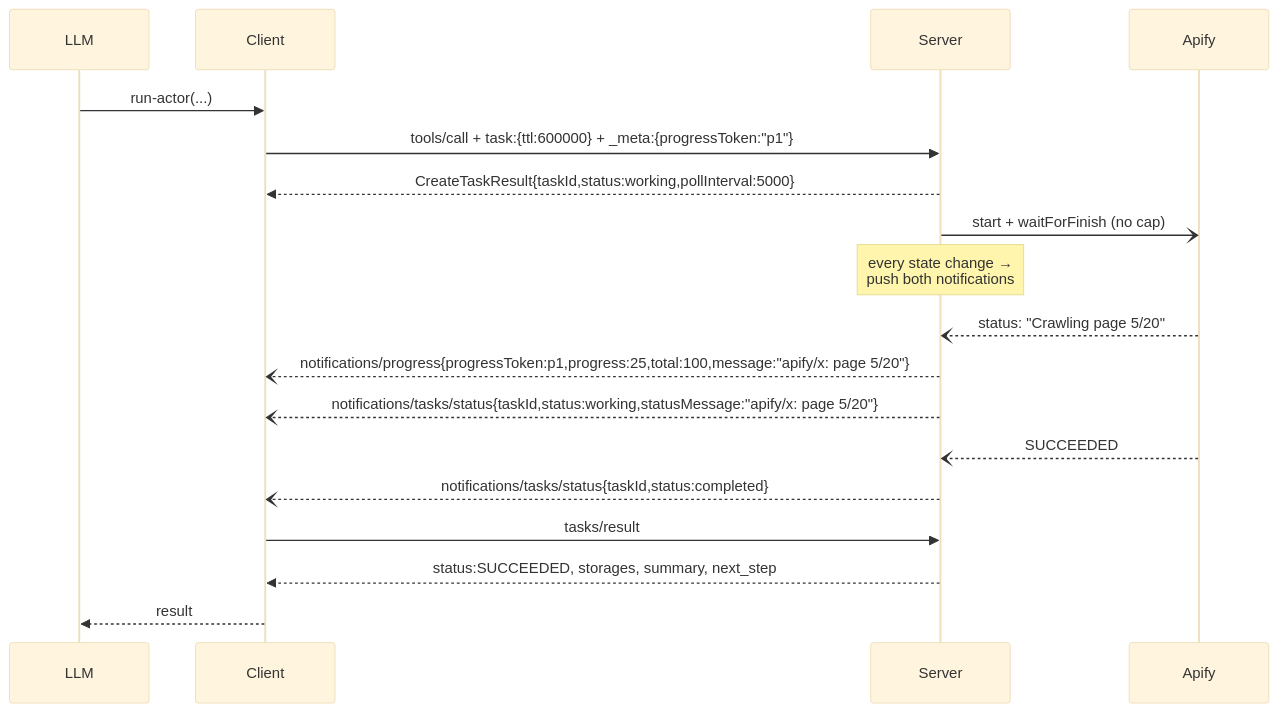
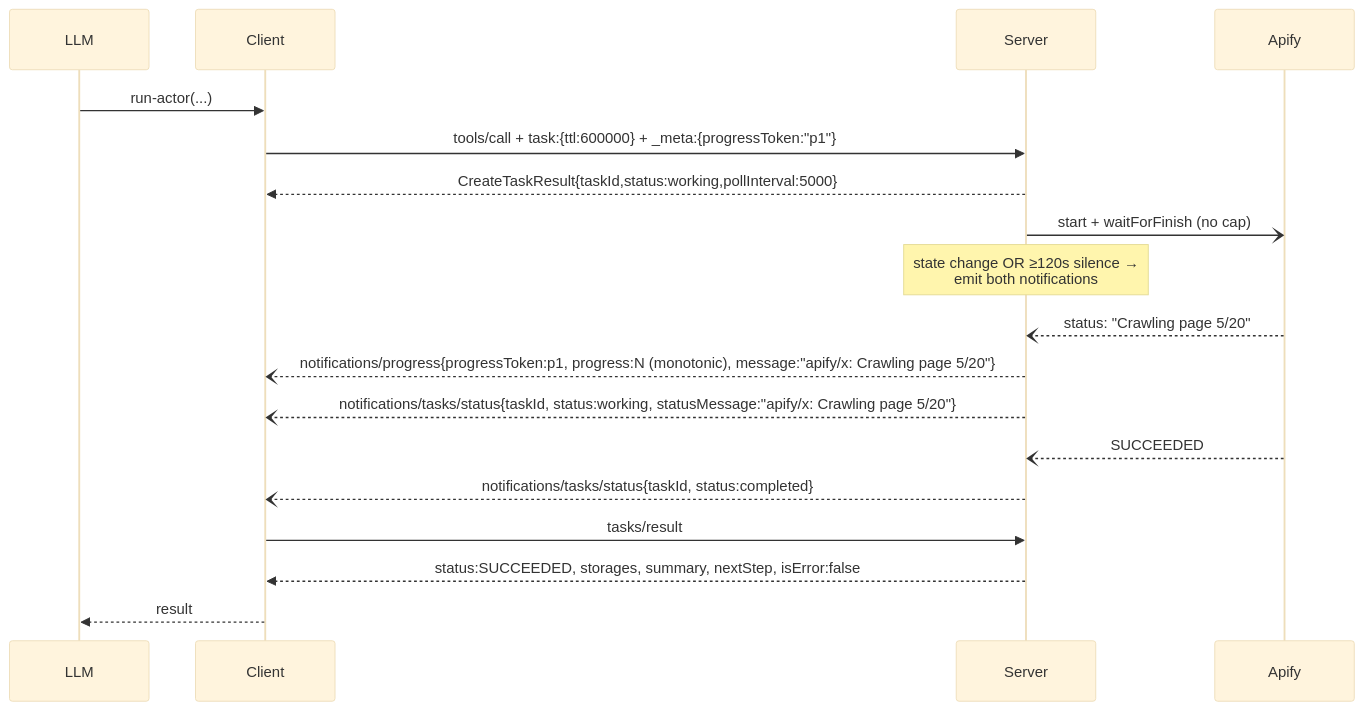
The second of 2 diagrams in res/call_actor_redesign_v3.1.md (apify/apify-mcp-server), drawn with Mermaid (base theme) before and after one commit. The commit also changed other lines of this file, not shown here.

````diff
--- a/res/call_actor_redesign_v3.1.md
+++ b/res/call_actor_redesign_v3.1.md
@@ -165,20 +280,20 @@
 ```mermaid
 sequenceDiagram
   participant LLM
   participant Client
   participant Server
   participant Apify
   LLM->>Client: run-actor(...)
   Client->>Server: tools/call + task:{ttl:600000} + _meta:{progressToken:"p1"}
   Server-->>Client: CreateTaskResult{taskId,status:working,pollInterval:5000}
   Server-)Apify: start + waitForFinish (no cap)
-  Note over Server: every state change →<br/>push both notifications
+  Note over Server: state change OR ≥120s silence →<br/>emit both notifications
   Apify--)Server: status: "Crawling page 5/20"
-  Server--)Client: notifications/progress{progressToken:p1,progress:25,total:100,message:"apify/x: page 5/20"}
-  Server--)Client: notifications/tasks/status{taskId,status:working,statusMessage:"apify/x: page 5/20"}
+  Server--)Client: notifications/progress{progressToken:p1, progress:N (monotonic), message:"apify/x: Crawling page 5/20"}
+  Server--)Client: notifications/tasks/status{taskId, status:working, statusMessage:"apify/x: Crawling page 5/20"}
   Apify--)Server: SUCCEEDED
-  Server--)Client: notifications/tasks/status{taskId,status:completed}
+  Server--)Client: notifications/tasks/status{taskId, status:completed}
   Client->>Server: tasks/result
-  Server-->>Client: status:SUCCEEDED, storages, summary, next_step
+  Server-->>Client: status:SUCCEEDED, storages, summary, nextStep, isError:false
   Client-->>LLM: result
 ```
````
